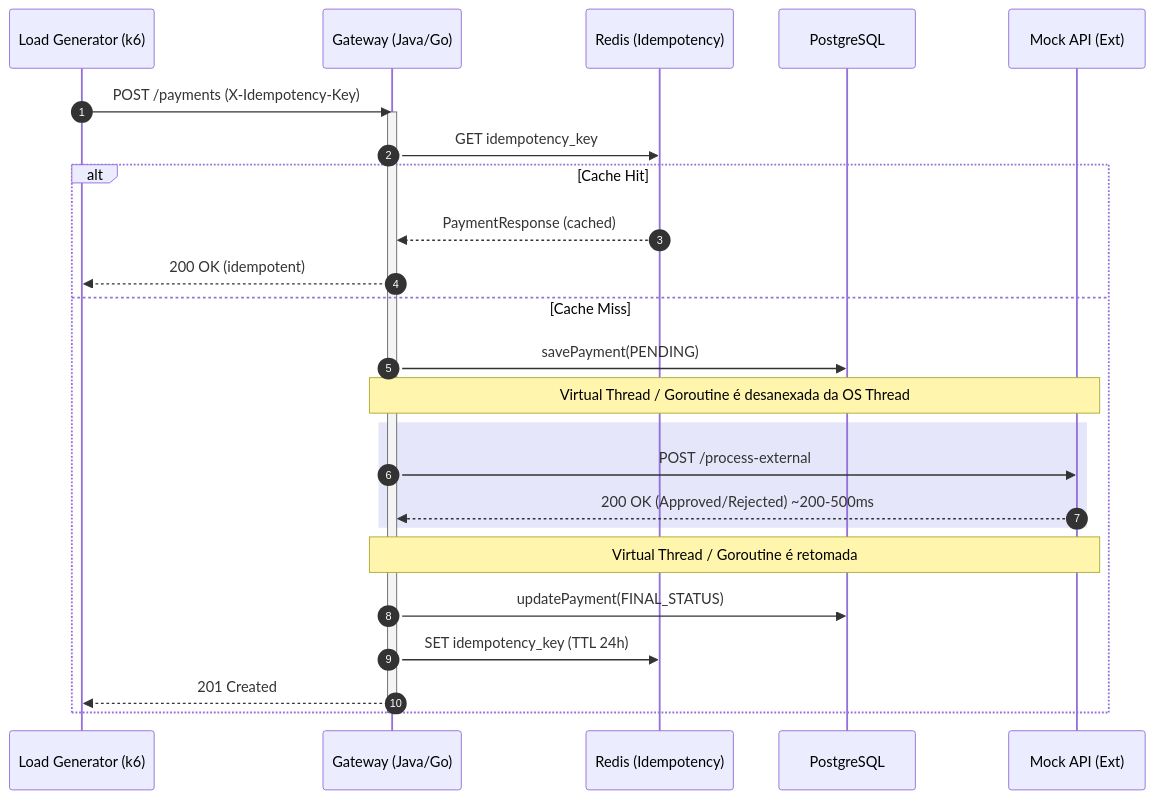
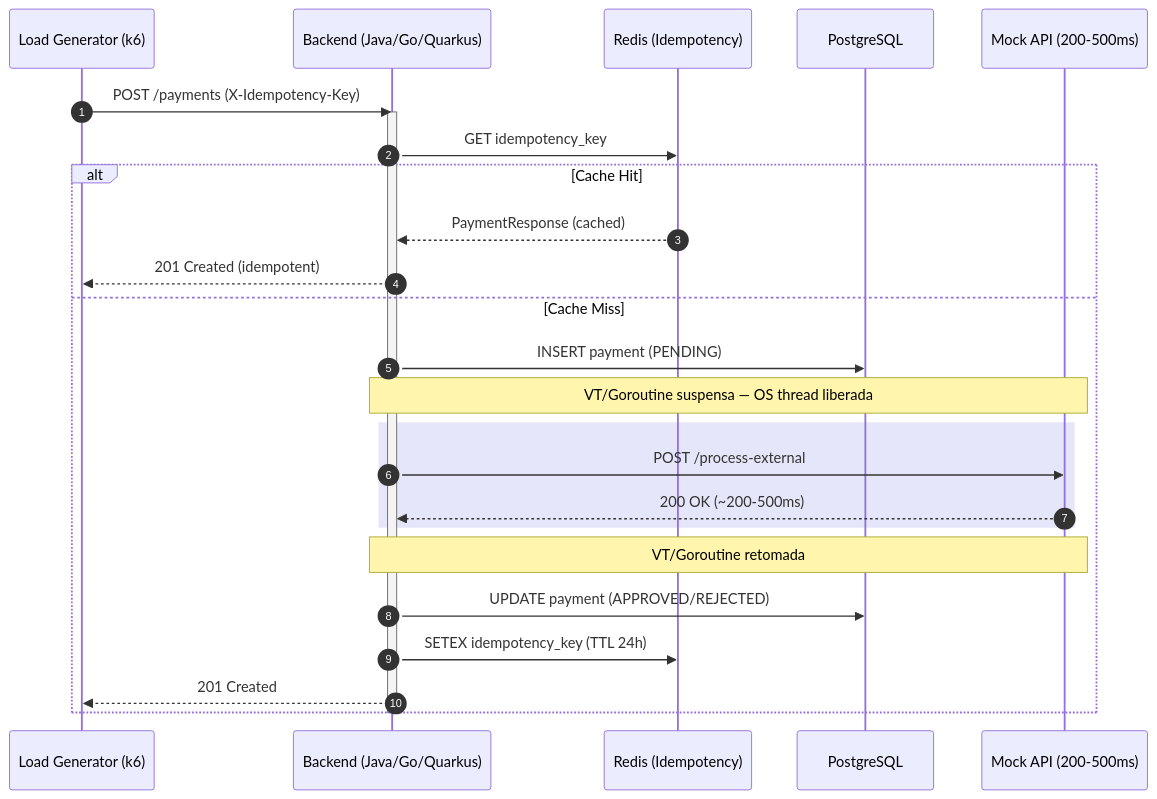
Before and after one commit to felippesouza/tcc-performance-comparison: the second of 2 diagrams in README.md, drawn with Mermaid. The commit also changed other lines of this file, not shown here.

First line of the commit message:
📝 docs: rewrite README to reflect 3-backend experiment (Java/Go/Quarkus)

````diff
--- a/README.md
+++ b/README.md
@@ -48,29 +118,29 @@
 ```mermaid
 sequenceDiagram
     autonumber
     participant C as Load Generator (k6)
-    participant G as Gateway (Java/Go)
+    participant B as Backend (Java/Go/Quarkus)
     participant RD as Redis (Idempotency)
     participant DB as PostgreSQL
-    participant M as Mock API (Ext)
+    participant M as Mock API (200-500ms)
 
-    C->>G: POST /payments (X-Idempotency-Key)
-    activate G
-    G->>RD: GET idempotency_key
+    C->>B: POST /payments (X-Idempotency-Key)
+    activate B
+    B->>RD: GET idempotency_key
     alt Cache Hit
-        RD-->>G: PaymentResponse (cached)
-        G-->>C: 200 OK (idempotent)
+        RD-->>B: PaymentResponse (cached)
+        B-->>C: 201 Created (idempotent)
     else Cache Miss
-        G->>DB: savePayment(PENDING)
-        Note over G,M: Virtual Thread / Goroutine é desanexada da OS Thread
+        B->>DB: INSERT payment (PENDING)
+        Note over B,M: VT/Goroutine suspensa — OS thread liberada
         rect rgb(230, 230, 250)
-            G->>M: POST /process-external
-            M-->>G: 200 OK (Approved/Rejected) ~200-500ms
+            B->>M: POST /process-external
+            M-->>B: 200 OK (~200-500ms)
         end
-        Note over G,M: Virtual Thread / Goroutine é retomada
-        G->>DB: updatePayment(FINAL_STATUS)
-        G->>RD: SET idempotency_key (TTL 24h)
-        G-->>C: 201 Created
+        Note over B,M: VT/Goroutine retomada
+        B->>DB: UPDATE payment (APPROVED/REJECTED)
+        B->>RD: SETEX idempotency_key (TTL 24h)
+        B-->>C: 201 Created
     end
-    deactivate G
+    deactivate B
 ```
````
